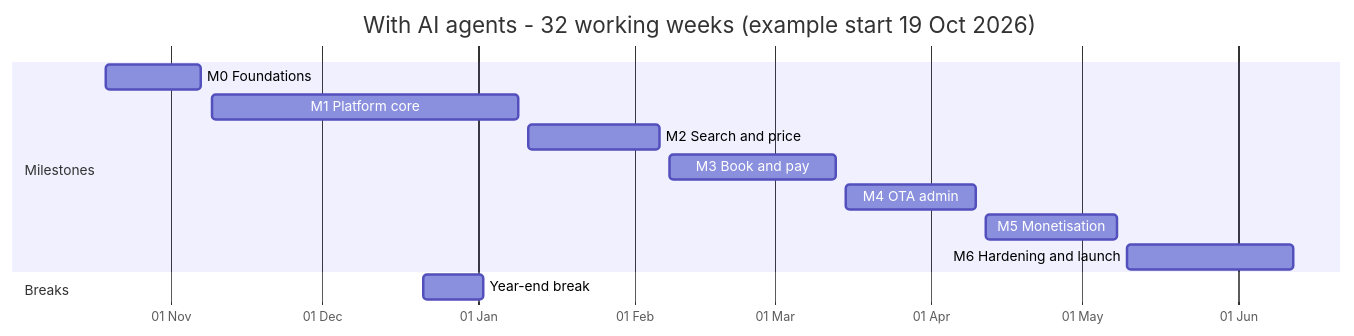
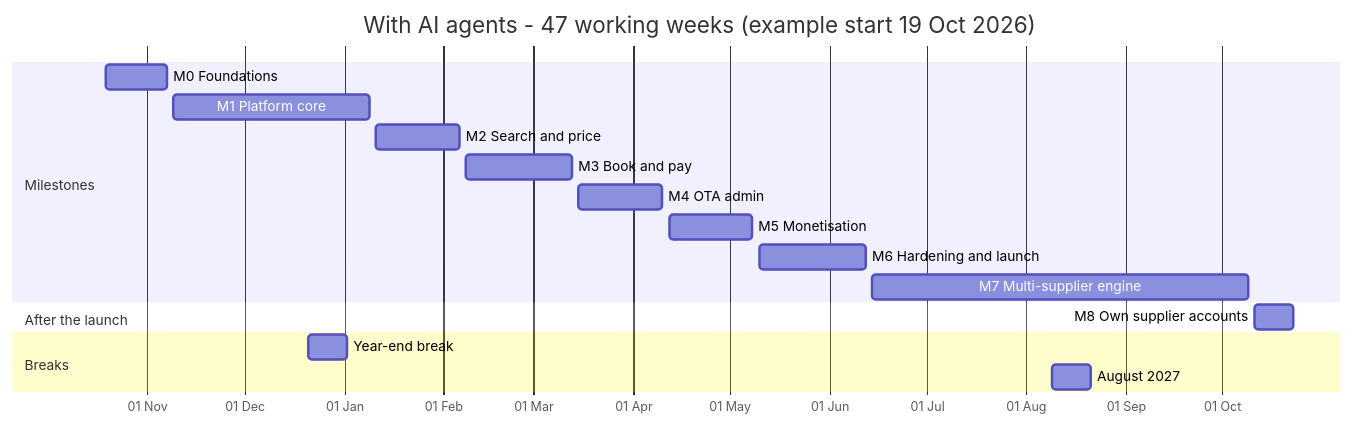
Before and after one commit to bhagwati-prasad/velexis-ota: the first of 3 diagrams in docs/mvp/plans/roadmap.md, drawn with Mermaid. The commit also changed other lines of this file and 35 other files, not shown here.

````diff
--- a/docs/mvp/plans/roadmap.md
+++ b/docs/mvp/plans/roadmap.md
@@ -83,16 +88,20 @@
 ```mermaid
 gantt
-  title With AI agents - 32 working weeks (example start 19 Oct 2026)
+  title With AI agents - 47 working weeks (example start 19 Oct 2026)
   dateFormat YYYY-MM-DD
   axisFormat %d %b
   section Milestones
   M0 Foundations          :m0, 2026-10-19, 2026-11-07
   M1 Platform core        :m1, 2026-11-09, 2027-01-09
   M2 Search and price     :m2, 2027-01-11, 2027-02-06
   M3 Book and pay         :m3, 2027-02-08, 2027-03-13
   M4 OTA admin            :m4, 2027-03-15, 2027-04-10
   M5 Monetisation         :m5, 2027-04-12, 2027-05-08
   M6 Hardening and launch :m6, 2027-05-10, 2027-06-12
+  M7 Multi-supplier engine :m7, 2027-06-14, 2027-10-09
+  section After the launch
+  M8 Own supplier accounts :m8, 2027-10-11, 2027-10-23
   section Breaks
   Year-end break          :2026-12-21, 2027-01-02
+  August 2027             :2027-08-09, 2027-08-21
 ```
````
